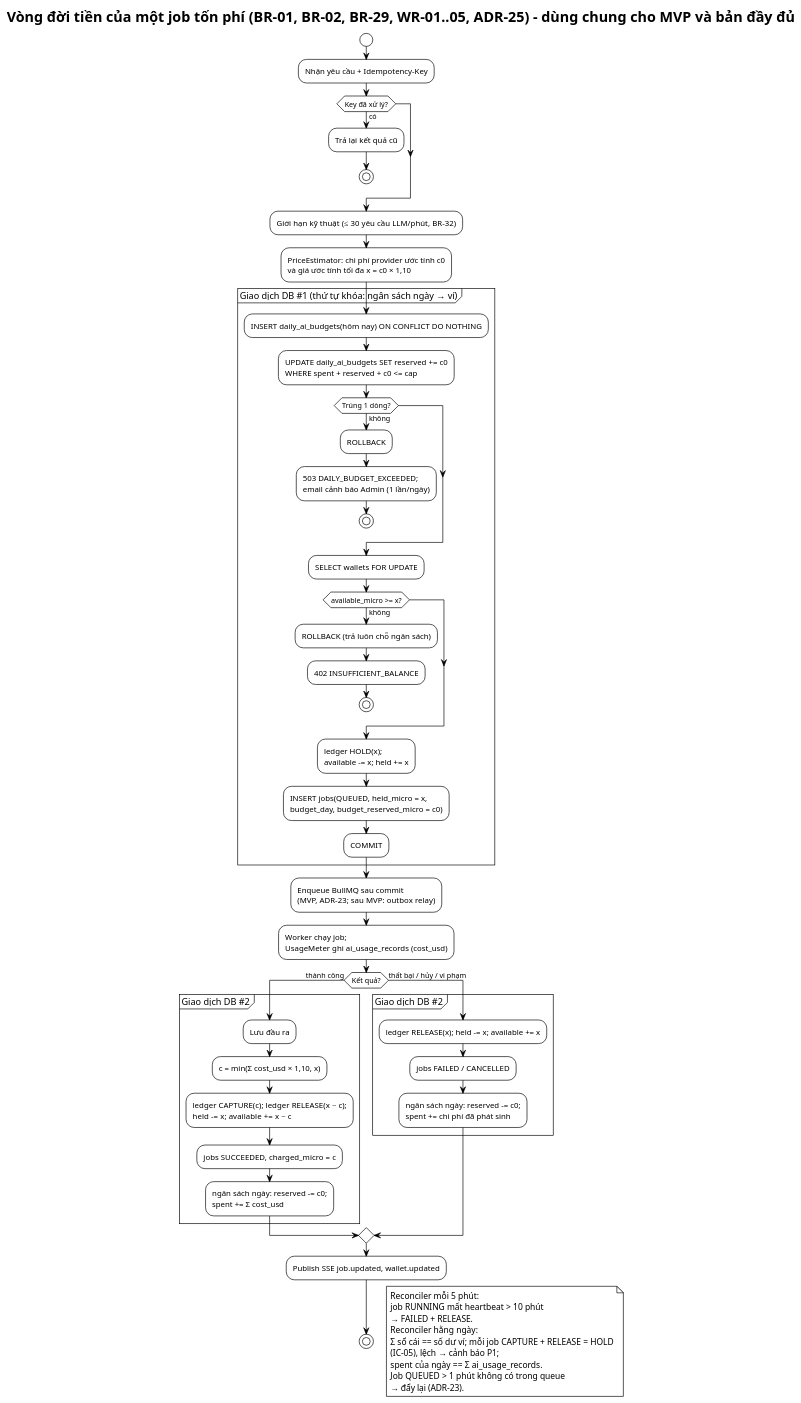
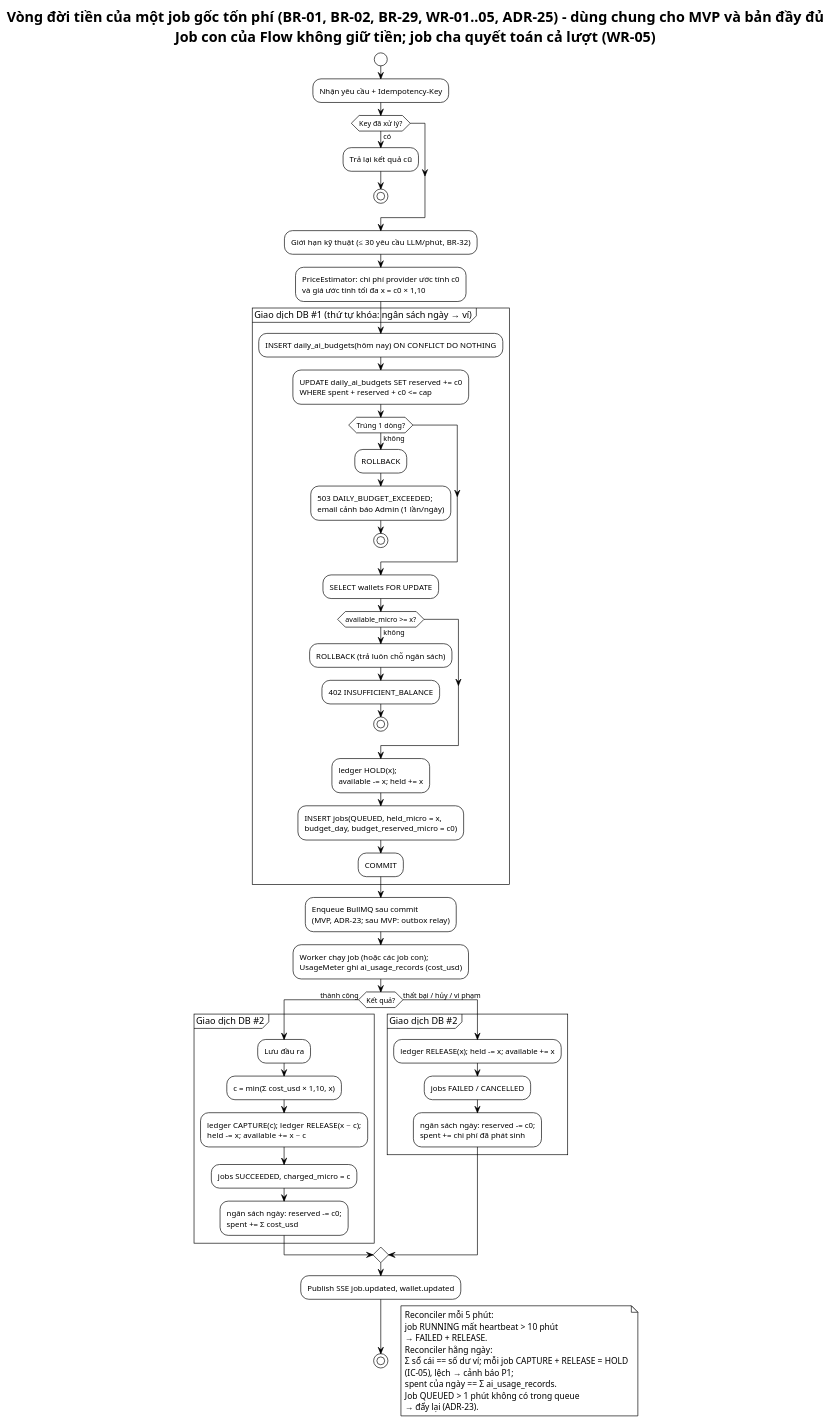
One commit to 202416852-anhpv/story2video-docs changed the diagram in demo-c2story/so-do/05-hoat-dong/act-giu-tru-tien.puml. Above: the diagram before and after it, drawn with PlantUML. The commit also changed 62 other files, not shown here.

First line of the commit message:
Update documentation and schemas for AI integration and timeline snapshots

```diff
--- a/demo-c2story/so-do/05-hoat-dong/act-giu-tru-tien.puml
+++ b/demo-c2story/so-do/05-hoat-dong/act-giu-tru-tien.puml
@@ -1,63 +1,63 @@
 @startuml Act_GiuTruTien
 !theme plain
 skinparam defaultFontName "Segoe UI"
-title Vòng đời tiền của một job tốn phí (BR-01, BR-02, BR-29, WR-01..05, ADR-25) - dùng chung cho MVP và bản đầy đủ
+title Vòng đời tiền của một job gốc tốn phí (BR-01, BR-02, BR-29, WR-01..05, ADR-25) - dùng chung cho MVP và bản đầy đủ\nJob con của Flow không giữ tiền; job cha quyết toán cả lượt (WR-05)
 
 start
 :Nhận yêu cầu + Idempotency-Key;
 if (Key đã xử lý?) then (có)
   :Trả lại kết quả cũ;
   stop
 endif
 :Giới hạn kỹ thuật (≤ 30 yêu cầu LLM/phút, BR-32);
 :PriceEstimator: chi phí provider ước tính c0\nvà giá ước tính tối đa x = c0 × 1,10;
 partition "Giao dịch DB #1 (thứ tự khóa: ngân sách ngày → ví)" {
   :INSERT daily_ai_budgets(hôm nay) ON CONFLICT DO NOTHING;
   :UPDATE daily_ai_budgets SET reserved += c0\nWHERE spent + reserved + c0 <= cap;
   if (Trúng 1 dòng?) then (không)
     :ROLLBACK;
     :503 DAILY_BUDGET_EXCEEDED;\nemail cảnh báo Admin (1 lần/ngày);
     stop
   endif
   :SELECT wallets FOR UPDATE;
   if (available_micro >= x?) then (không)
     :ROLLBACK (trả luôn chỗ ngân sách);
     :402 INSUFFICIENT_BALANCE;
     stop
   endif
   :ledger HOLD(x);\navailable -= x; held += x;
   :INSERT jobs(QUEUED, held_micro = x,\nbudget_day, budget_reserved_micro = c0);
   :COMMIT;
 }
 :Enqueue BullMQ sau commit\n(MVP, ADR-23; sau MVP: outbox relay);
-:Worker chạy job;\nUsageMeter ghi ai_usage_records (cost_usd);
+:Worker chạy job (hoặc các job con);\nUsageMeter ghi ai_usage_records (cost_usd);
 if (Kết quả?) then (thành công)
   partition "Giao dịch DB #2" {
     :Lưu đầu ra;
     :c = min(Σ cost_usd × 1,10, x);
     :ledger CAPTURE(c); ledger RELEASE(x − c);\nheld -= x; available += x − c;
     :jobs SUCCEEDED, charged_micro = c;
     :ngân sách ngày: reserved -= c0;\nspent += Σ cost_usd;
   }
 else (thất bại / hủy / vi phạm)
   partition "Giao dịch DB #2" {
     :ledger RELEASE(x); held -= x; available += x;
     :jobs FAILED / CANCELLED;
     :ngân sách ngày: reserved -= c0;\nspent += chi phí đã phát sinh;
   }
 endif
 :Publish SSE job.updated, wallet.updated;
 stop
 
 floating note right
   Reconciler mỗi 5 phút:
   job RUNNING mất heartbeat > 10 phút
   → FAILED + RELEASE.
   Reconciler hằng ngày:
   Σ sổ cái == số dư ví; mỗi job CAPTURE + RELEASE = HOLD
   (IC-05), lệch → cảnh báo P1;
   spent của ngày == Σ ai_usage_records.
   Job QUEUED > 1 phút không có trong queue
   → đẩy lại (ADR-23).
 end note
 @enduml
```
